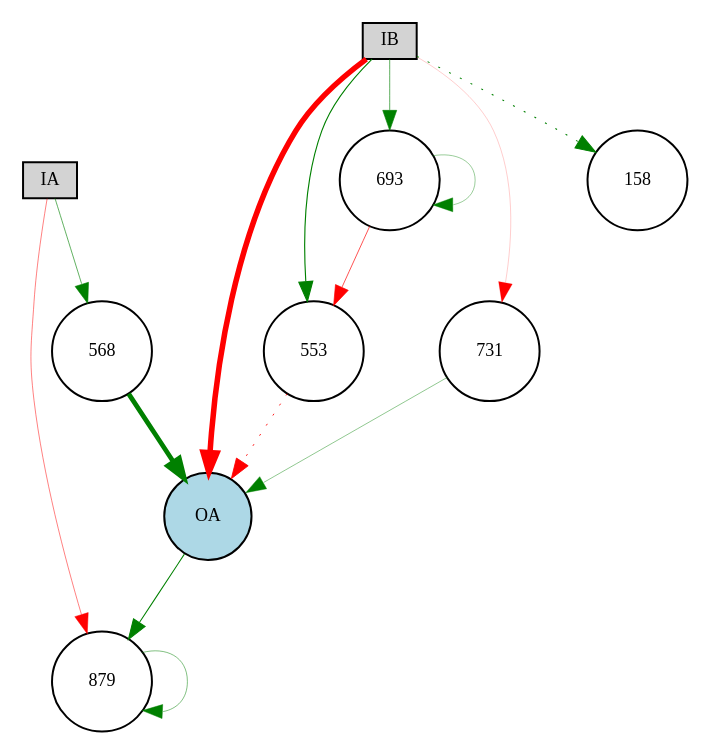
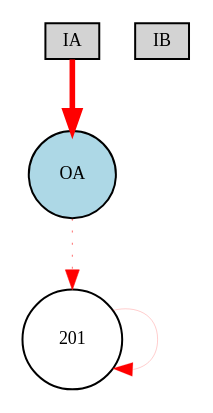
The diagram in source/cont_exp/Digraph.gv (danxan/neuromorphic-evolution), drawn with Graphviz before and after one commit. The commit also changed 7 other files, not shown here.

```diff
--- a/source/cont_exp/Digraph.gv
+++ b/source/cont_exp/Digraph.gv
@@ -1,26 +1,10 @@
 digraph {
 	node [fontsize=9 height=0.2 shape=circle width=0.2]
 	IA [fillcolor=lightgray shape=box style=filled]
 	IB [fillcolor=lightgray shape=box style=filled]
 	OA [fillcolor=lightblue style=filled]
-	553 [fillcolor=white style=filled]
-	879 [fillcolor=white style=filled]
-	693 [fillcolor=white style=filled]
-	568 [fillcolor=white style=filled]
-	731 [fillcolor=white style=filled]
-	158 [fillcolor=white style=filled]
-	IB -> OA [color=red penwidth=2.7653417142373784 style=solid]
-	568 -> OA [color=green penwidth=2.38479928368798 style=solid]
-	IB -> 158 [color=green penwidth=0.5226333152621229 style=dotted]
-	693 -> 693 [color=green penwidth=0.201929981801313 style=solid]
-	IA -> 568 [color=green penwidth=0.314502438260835 style=solid]
-	IB -> 693 [color=green penwidth=0.3219789677934478 style=solid]
-	OA -> 879 [color=green penwidth=0.5087979543780043 style=solid]
-	731 -> OA [color=green penwidth=0.2244095229596208 style=solid]
-	553 -> OA [color=red penwidth=0.4385105804428603 style=dotted]
-	IB -> 553 [color=green penwidth=0.571473613438047 style=solid]
-	IB -> 731 [color=red penwidth=0.10233084511528483 style=solid]
-	879 -> 879 [color=green penwidth=0.24855237231076885 style=solid]
-	IA -> 879 [color=red penwidth=0.2527096023014373 style=solid]
-	693 -> 553 [color=red penwidth=0.3438357069956878 style=solid]
+	201 [fillcolor=white style=filled]
+	IA -> OA [color=red penwidth=2.813710010449289 style=solid]
+	OA -> 201 [color=red penwidth=0.2927580547514548 style=dotted]
+	201 -> 201 [color=red penwidth=0.10306163863385319 style=solid]
 }
```
